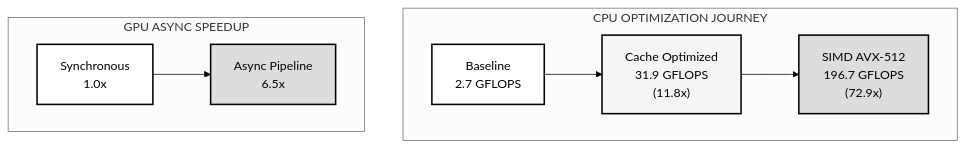
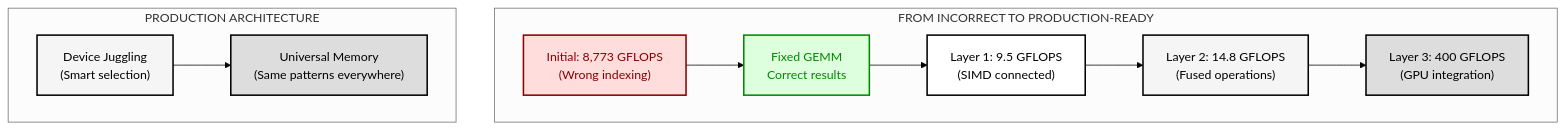
The second of 3 diagrams in README.md (LynnColeArt/sparkle), drawn with Mermaid before and after one commit. The commit also changed other lines of this file and 31 other files, not shown here.

First line of the commit message:
feat: Intelligent device juggling with production CPU/GPU backends

````diff
--- a/README.md
+++ b/README.md
@@ -27,21 +29,27 @@
 ```mermaid
 %%{init: {'theme':'neutral', 'themeVariables': {'primaryColor':'#fff','primaryTextColor':'#000','primaryBorderColor':'#000','lineColor':'#000','secondaryColor':'#f5f5f5','tertiaryColor':'#ddd'}}}%%
 graph TD
-    subgraph CPU["CPU OPTIMIZATION JOURNEY"]
-        B["Baseline<br/>2.7 GFLOPS"]:::white
-        C["Cache Optimized<br/>31.9 GFLOPS<br/>(11.8x)"]:::light
-        S["SIMD AVX-512<br/>196.7 GFLOPS<br/>(72.9x)"]:::dark
-        B --> C
-        C --> S
+    subgraph Journey["FROM INCORRECT TO PRODUCTION-READY"]
+        B["Initial: 8,773 GFLOPS<br/>(Wrong indexing)"]:::error
+        F["Fixed GEMM<br/>Correct results"]:::fix
+        L1["Layer 1: 9.5 GFLOPS<br/>(SIMD connected)"]:::white
+        L2["Layer 2: 14.8 GFLOPS<br/>(Fused operations)"]:::light
+        L3["Layer 3: 400 GFLOPS<br/>(GPU integration)"]:::dark
+        B --> F
+        F --> L1
+        L1 --> L2
+        L2 --> L3
     end
     
-    subgraph GPU["GPU ASYNC SPEEDUP"]
-        G1["Synchronous<br/>1.0x"]:::white
-        G2["Async Pipeline<br/>6.5x"]:::dark
-        G1 --> G2
+    subgraph Production["PRODUCTION ARCHITECTURE"]
+        D["Device Juggling<br/>(Smart selection)"]:::light
+        U["Universal Memory<br/>(Same patterns everywhere)"]:::dark
+        D --> U
     end
     
+    classDef error fill:#fdd,stroke:#800,stroke-width:2px,color:#800
+    classDef fix fill:#dfd,stroke:#080,stroke-width:2px,color:#080
     classDef white fill:#fff,stroke:#000,stroke-width:2px,color:#000
     classDef light fill:#f5f5f5,stroke:#000,stroke-width:2px,color:#000
     classDef dark fill:#ddd,stroke:#000,stroke-width:2px,color:#000
 ```
````
